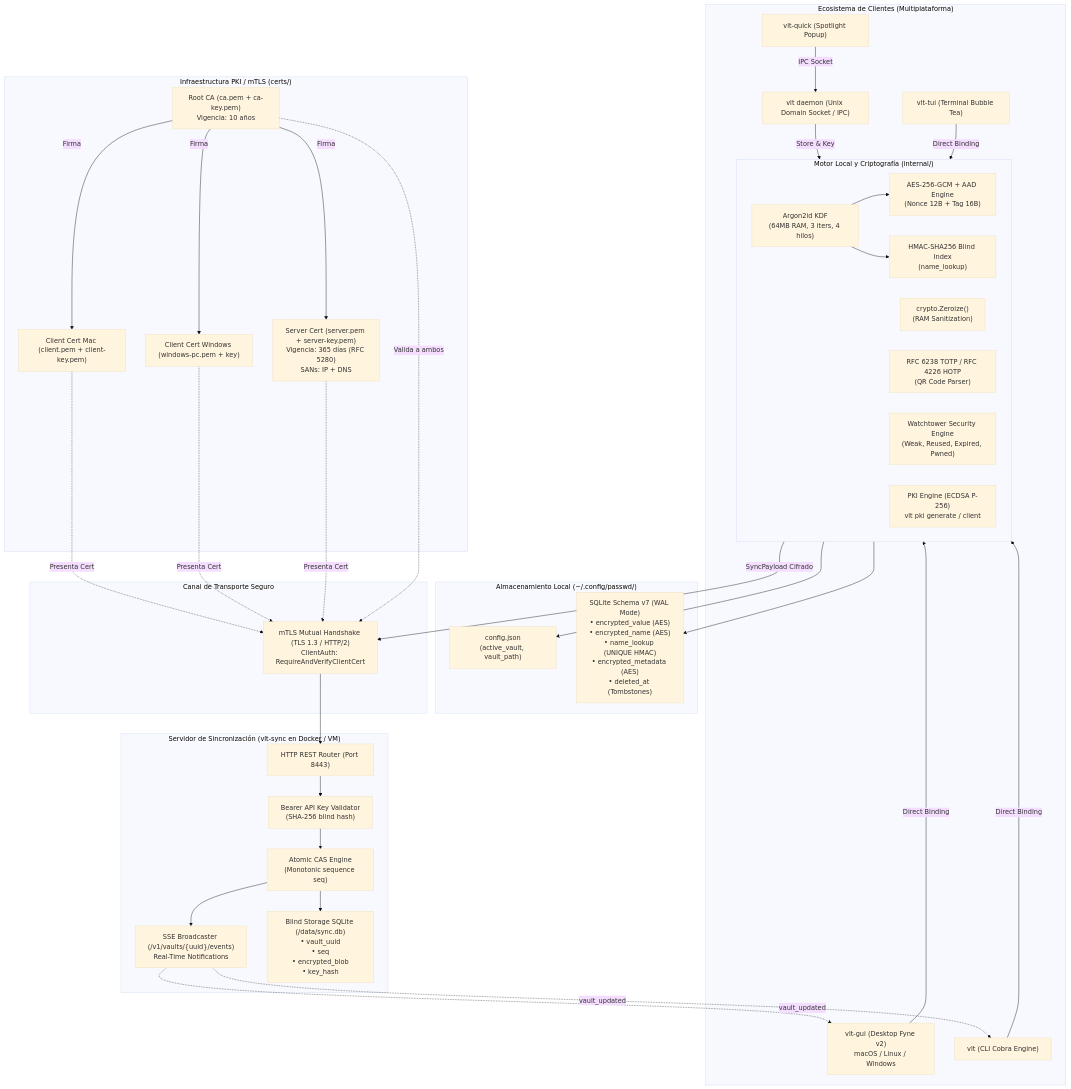
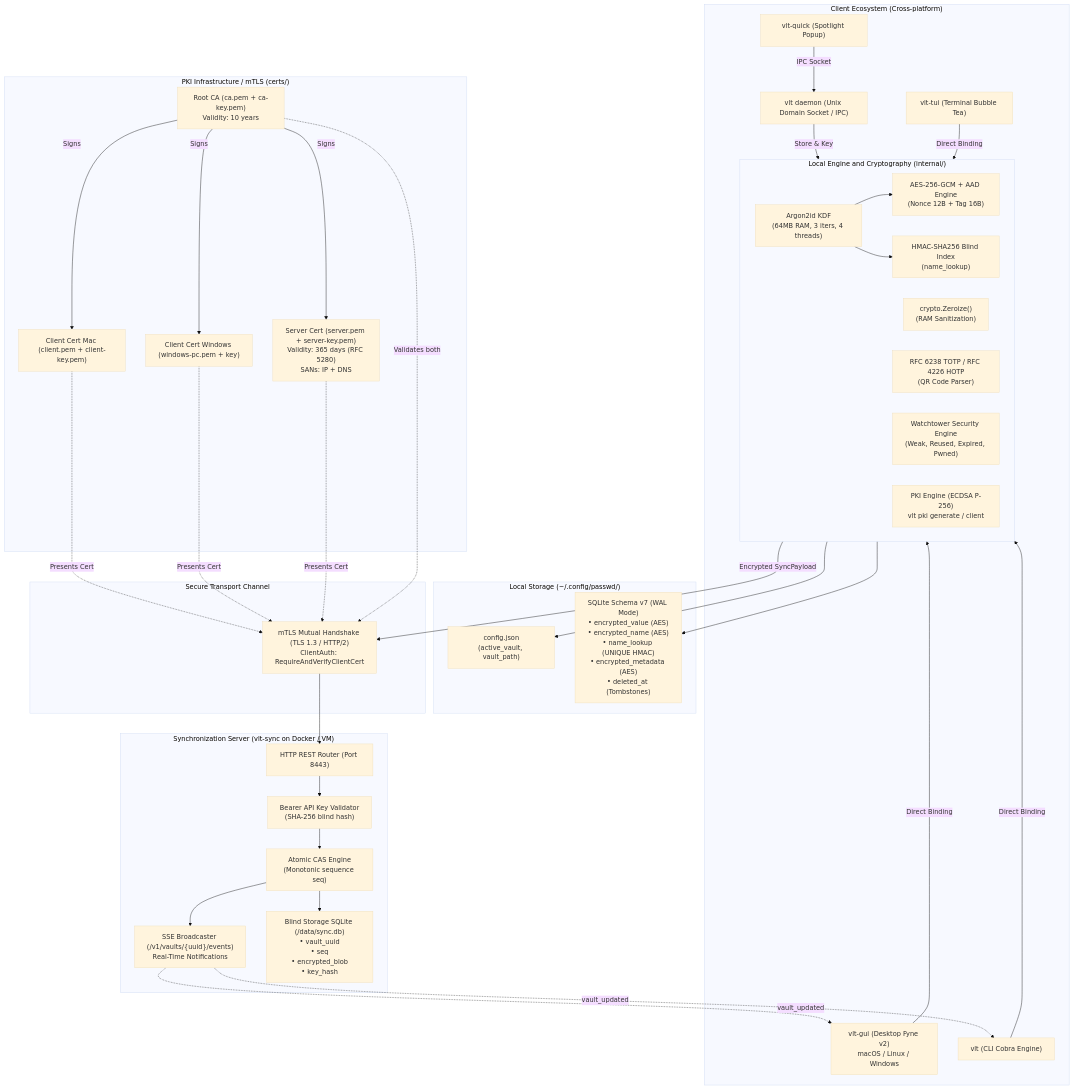
The first of 3 diagrams in docs/ARCHITECTURE-MERMAID.md (raynosc/vlt), drawn with Mermaid (base theme) before and after one commit. The commit also changed other lines of this file and 11 other files, not shown here.

````diff
--- a/docs/ARCHITECTURE-MERMAID.md
+++ b/docs/ARCHITECTURE-MERMAID.md
@@ -9,75 +11,75 @@
 ```mermaid
 graph TB
-    subgraph CLIENTES ["Ecosistema de Clientes (Multiplataforma)"]
+    subgraph CLIENTES ["Client Ecosystem (Cross-platform)"]
         GUI["vlt-gui (Desktop Fyne v2)<br/>macOS / Linux / Windows"]
         TUI["vlt-tui (Terminal Bubble Tea)"]
         CLI["vlt (CLI Cobra Engine)"]
         QUICK["vlt-quick (Spotlight Popup)"]
         DAEMON["vlt daemon (Unix Domain Socket / IPC)"]
         
         QUICK -->|IPC Socket| DAEMON
         DAEMON -->|Store & Key| CORE
         GUI -->|Direct Binding| CORE
         TUI -->|Direct Binding| CORE
         CLI -->|Direct Binding| CORE
     end
 
-    subgraph CORE ["Motor Local y Criptografía (internal/)"]
-        KDF["Argon2id KDF<br/>(64MB RAM, 3 iters, 4 hilos)"]
+    subgraph CORE ["Local Engine and Cryptography (internal/)"]
+        KDF["Argon2id KDF<br/>(64MB RAM, 3 iters, 4 threads)"]
         AES["AES-256-GCM + AAD Engine<br/>(Nonce 12B + Tag 16B)"]
         BLIND["HMAC-SHA256 Blind Index<br/>(name_lookup)"]
         ZERO["crypto.Zeroize()<br/>(RAM Sanitization)"]
         OTP["RFC 6238 TOTP / RFC 4226 HOTP<br/>(QR Code Parser)"]
         WATCH["Watchtower Security Engine<br/>(Weak, Reused, Expired, Pwned)"]
         PKI_GEN["PKI Engine (ECDSA P-256)<br/>vlt pki generate / client"]
         
         KDF --> AES
         KDF --> BLIND
     end
 
-    subgraph LOCAL_STORE ["Almacenamiento Local (~/.config/passwd/)"]
+    subgraph LOCAL_STORE ["Local Storage (~/.config/passwd/)"]
         CONFIG_JSON["config.json<br/>(active_vault, vault_path)"]
         SQLITE["SQLite Schema v7 (WAL Mode)<br/>• encrypted_value (AES)<br/>• encrypted_name (AES)<br/>• name_lookup (UNIQUE HMAC)<br/>• encrypted_metadata (AES)<br/>• deleted_at (Tombstones)"]
         
         CORE --> SQLITE
         CORE --> CONFIG_JSON
     end
 
-    subgraph PKI_CERTS ["Infraestructura PKI / mTLS (certs/)"]
-        CA["Root CA (ca.pem + ca-key.pem)<br/>Vigencia: 10 años"]
-        SRV_CERT["Server Cert (server.pem + server-key.pem)<br/>Vigencia: 365 días (RFC 5280)<br/>SANs: IP + DNS"]
+    subgraph PKI_CERTS ["PKI Infrastructure / mTLS (certs/)"]
+        CA["Root CA (ca.pem + ca-key.pem)<br/>Validity: 10 years"]
+        SRV_CERT["Server Cert (server.pem + server-key.pem)<br/>Validity: 365 days (RFC 5280)<br/>SANs: IP + DNS"]
         CLI_CERT1["Client Cert Mac (client.pem + client-key.pem)"]
         CLI_CERT2["Client Cert Windows (windows-pc.pem + key)"]
         
-        CA -->|Firma| SRV_CERT
-        CA -->|Firma| CLI_CERT1
-        CA -->|Firma| CLI_CERT2
+        CA -->|Signs| SRV_CERT
+        CA -->|Signs| CLI_CERT1
+        CA -->|Signs| CLI_CERT2
     end
 
-    subgraph SYNC_TRANSPORT ["Canal de Transporte Seguro"]
+    subgraph SYNC_TRANSPORT ["Secure Transport Channel"]
         TLS_PIPE["mTLS Mutual Handshake (TLS 1.3 / HTTP/2)<br/>ClientAuth: RequireAndVerifyClientCert"]
     end
 
-    subgraph SYNC_SERVER ["Servidor de Sincronización (vlt-sync en Docker / VM)"]
+    subgraph SYNC_SERVER ["Synchronization Server (vlt-sync on Docker / VM)"]
         ROUTER["HTTP REST Router (Port 8443)"]
         AUTH["Bearer API Key Validator<br/>(SHA-256 blind hash)"]
         CAS["Atomic CAS Engine<br/>(Monotonic sequence seq)"]
         SSE["SSE Broadcaster (/v1/vaults/{uuid}/events)<br/>Real-Time Notifications"]
         SERVER_DB["Blind Storage SQLite (/data/sync.db)<br/>• vault_uuid<br/>• seq<br/>• encrypted_blob<br/>• key_hash"]
         
         ROUTER --> AUTH
         AUTH --> CAS
         CAS --> SERVER_DB
         CAS --> SSE
     end
 
-    CLI_CERT1 -.->|Presenta Cert| TLS_PIPE
-    CLI_CERT2 -.->|Presenta Cert| TLS_PIPE
-    SRV_CERT -.->|Presenta Cert| TLS_PIPE
-    CA -.->|Valida a ambos| TLS_PIPE
+    CLI_CERT1 -.->|Presents Cert| TLS_PIPE
+    CLI_CERT2 -.->|Presents Cert| TLS_PIPE
+    SRV_CERT -.->|Presents Cert| TLS_PIPE
+    CA -.->|Validates both| TLS_PIPE
 
-    CORE -->|SyncPayload Cifrado| TLS_PIPE
+    CORE -->|Encrypted SyncPayload| TLS_PIPE
     TLS_PIPE --> ROUTER
     SSE -.->|vault_updated| GUI
     SSE -.->|vault_updated| CLI
 ```
````
